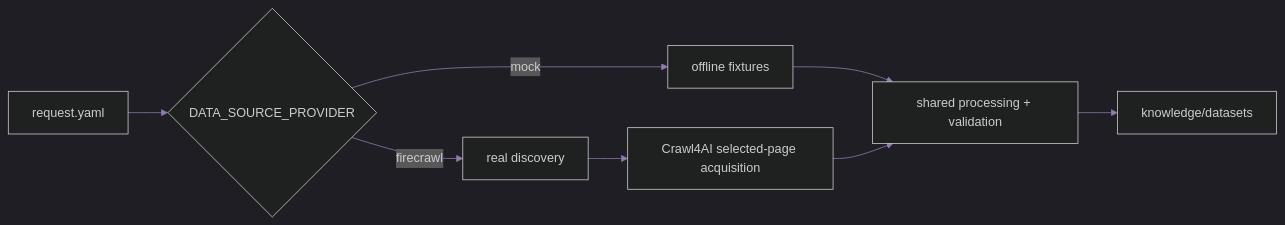
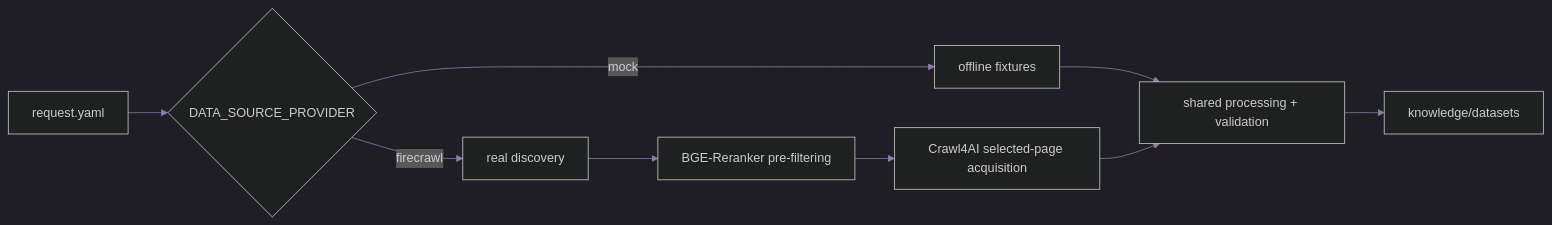
One commit to yunussfr/Knowledge_Extraction_Platform changed the fourth of 4 diagrams in README.md. Above: the diagram before and after it, drawn with Mermaid. The commit also changed other lines of this file and 27 other files, not shown here.

Commit message:
feat: add BGE-Reranker-v2-m3 cross-encoder pre-filtering and candidate ID resolution

````diff
--- a/README.md
+++ b/README.md
@@ -238,9 +244,9 @@
 ```mermaid
 %%{init: {"theme":"dark","themeVariables":{"background":"#050608","primaryColor":"#171022","primaryTextColor":"#f5ead6","primaryBorderColor":"#a78bfa","lineColor":"#907cad","secondaryColor":"#071f21","tertiaryColor":"#2a0d16"}}}%%
 flowchart LR
     A[request.yaml] --> B{DATA_SOURCE_PROVIDER}
     B -->|mock| C[offline fixtures]
-    B -->|firecrawl| D[real discovery] --> E[Crawl4AI selected-page acquisition]
+    B -->|firecrawl| D[real discovery] --> R[BGE-Reranker pre-filtering] --> E[Crawl4AI selected-page acquisition]
     C --> F[shared processing + validation]
     E --> F --> G[knowledge/datasets]
 ```
````
